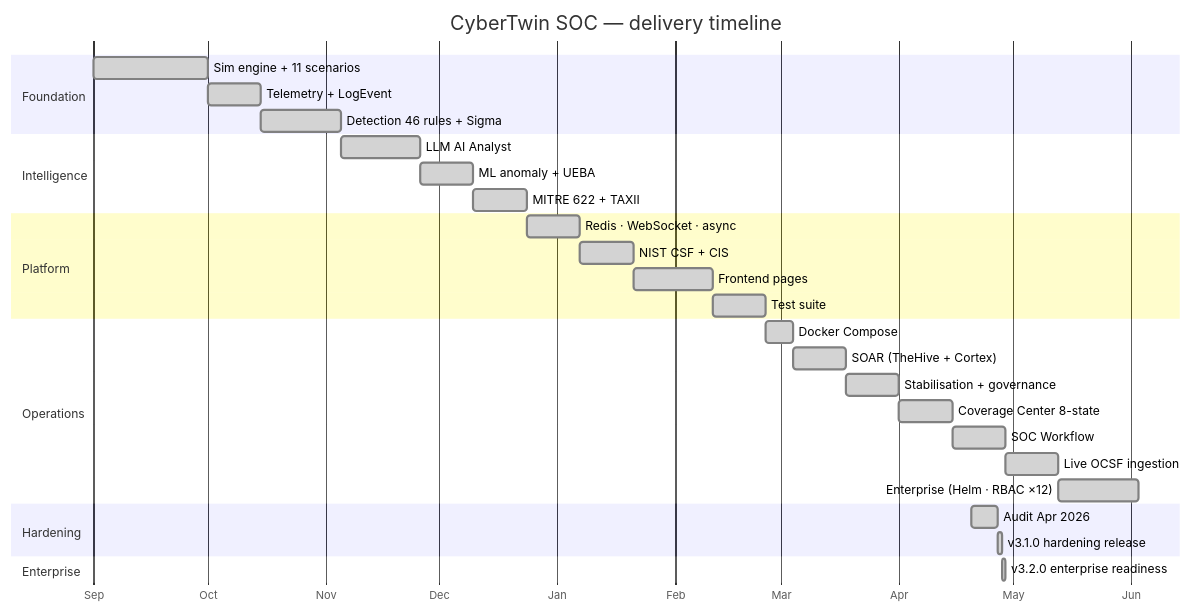
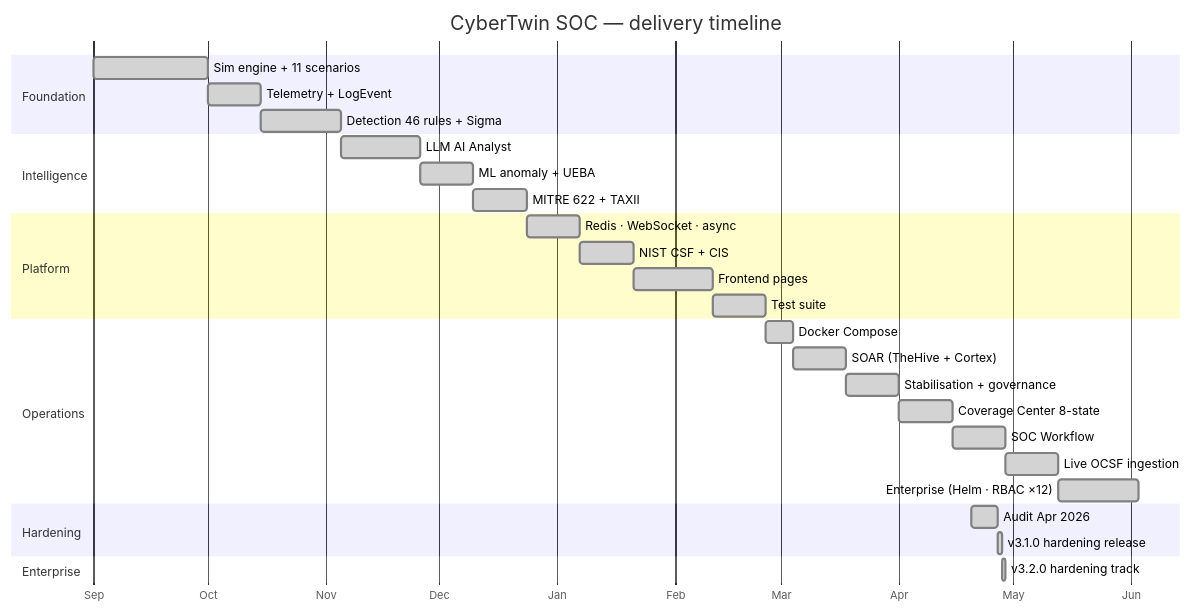
One commit to omarbabba779xx/CyberTwin-SOC changed diagram 19 of 19 in README.md. Above: the diagram before and after it, drawn with Mermaid. The commit also changed other lines of this file, not shown here.

````diff
--- a/README.md
+++ b/README.md
@@ -1314,32 +1314,32 @@
 ```mermaid
 gantt
     title CyberTwin SOC — delivery timeline
     dateFormat YYYY-MM-DD
     axisFormat %b
     section Foundation
     Sim engine + 11 scenarios     :done, p1, 2025-09-01, 30d
     Telemetry + LogEvent          :done, p2, after p1, 14d
     Detection 46 rules + Sigma    :done, p3, after p2, 21d
     section Intelligence
     LLM AI Analyst                :done, p4, after p3, 21d
     ML anomaly + UEBA             :done, p5, after p4, 14d
     MITRE 622 + TAXII             :done, p6, after p5, 14d
     section Platform
     Redis · WebSocket · async     :done, p7, after p6, 14d
     NIST CSF + CIS                :done, p8, after p7, 14d
     Frontend pages                :done, p9, after p8, 21d
     Test suite                    :done, p10, after p9, 14d
     section Operations
     Docker Compose                :done, p11, after p10, 7d
     SOAR (TheHive + Cortex)       :done, p12, after p11, 14d
     Stabilisation + governance    :done, p13, after p12, 14d
     Coverage Center 8-state       :done, p14, after p13, 14d
     SOC Workflow                  :done, p15, after p14, 14d
     Live OCSF ingestion           :done, p16, after p15, 14d
     Enterprise (Helm · RBAC ×12)  :done, p17, after p16, 21d
     section Hardening
     Audit Apr 2026                :done, p18, 2026-04-20, 7d
     v3.1.0 hardening release      :done, p19, 2026-04-27, 1d
     section Enterprise
-    v3.2.0 enterprise readiness   :done, p20, 2026-04-28, 1d
+    v3.2.0 hardening track        :done, p20, 2026-04-28, 1d
 ```
````
